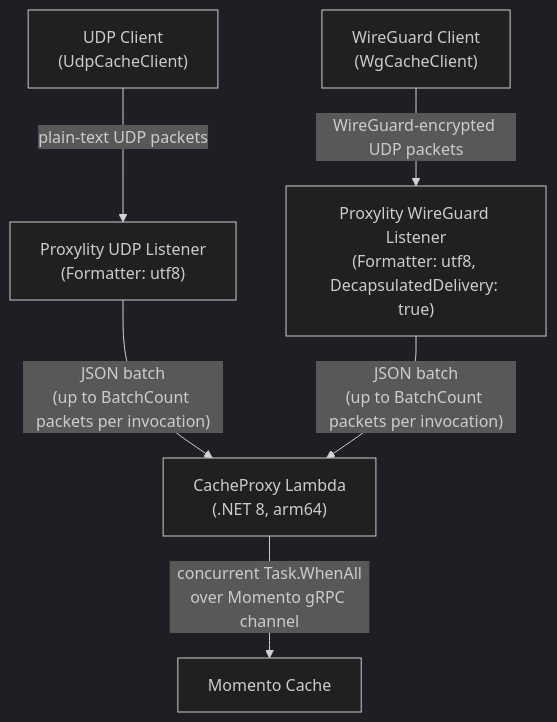
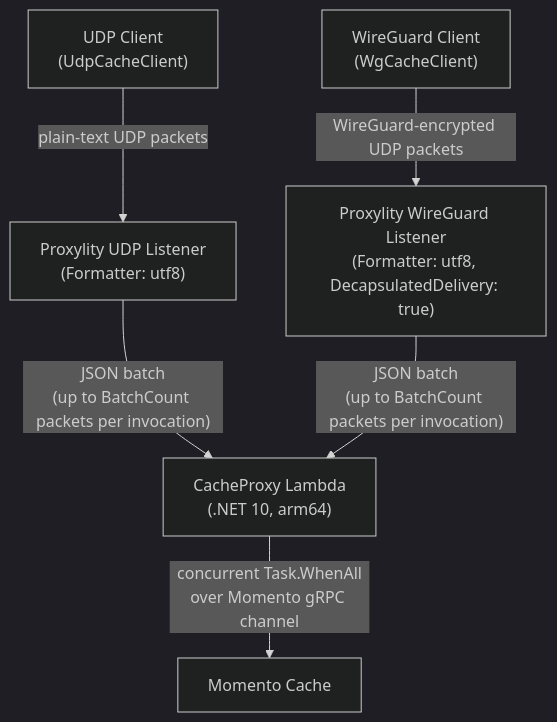
The diagram in momento-udp/Readme.md (proxylity/examples), drawn with Mermaid (dark theme) before and after one commit. The commit also changed other lines of this file and 6 other files, not shown here.

````diff
--- a/momento-udp/Readme.md
+++ b/momento-udp/Readme.md
@@ -69,15 +73,15 @@
 ```mermaid
 flowchart TD
-    udp_client["UDP Client\n(UdpCacheClient)"]
-    wg_client["WireGuard Client\n(WgCacheClient)"]
-    udp_listener["Proxylity UDP Listener\n(Formatter: utf8)"]
-    wg_listener["Proxylity WireGuard Listener\n(Formatter: utf8, DecapsulatedDelivery: true)"]
-    lambda["CacheProxy Lambda\n(.NET 8, arm64)"]
+    udp_client["UDP Client<br/>(UdpCacheClient)"]
+    wg_client["WireGuard Client<br/>(WgCacheClient)"]
+    udp_listener["Proxylity UDP Listener<br/>(Formatter: utf8)"]
+    wg_listener["Proxylity WireGuard Listener<br/>(Formatter: utf8, DecapsulatedDelivery: true)"]
+    lambda["CacheProxy Lambda<br/>(.NET 10, arm64)"]
     momento["Momento Cache"]
 
     udp_client -- "plain-text UDP packets" --> udp_listener
     wg_client  -- "WireGuard-encrypted UDP packets" --> wg_listener
-    udp_listener -- "JSON batch\n(up to BatchCount packets per invocation)" --> lambda
-    wg_listener  -- "JSON batch\n(up to BatchCount packets per invocation)" --> lambda
-    lambda -- "concurrent Task.WhenAll\nover Momento gRPC channel" --> momento
+    udp_listener -- "JSON batch<br/>(up to BatchCount packets per invocation)" --> lambda
+    wg_listener  -- "JSON batch<br/>(up to BatchCount packets per invocation)" --> lambda
+    lambda -- "concurrent Task.WhenAll<br/>over Momento gRPC channel" --> momento
 ```
````
